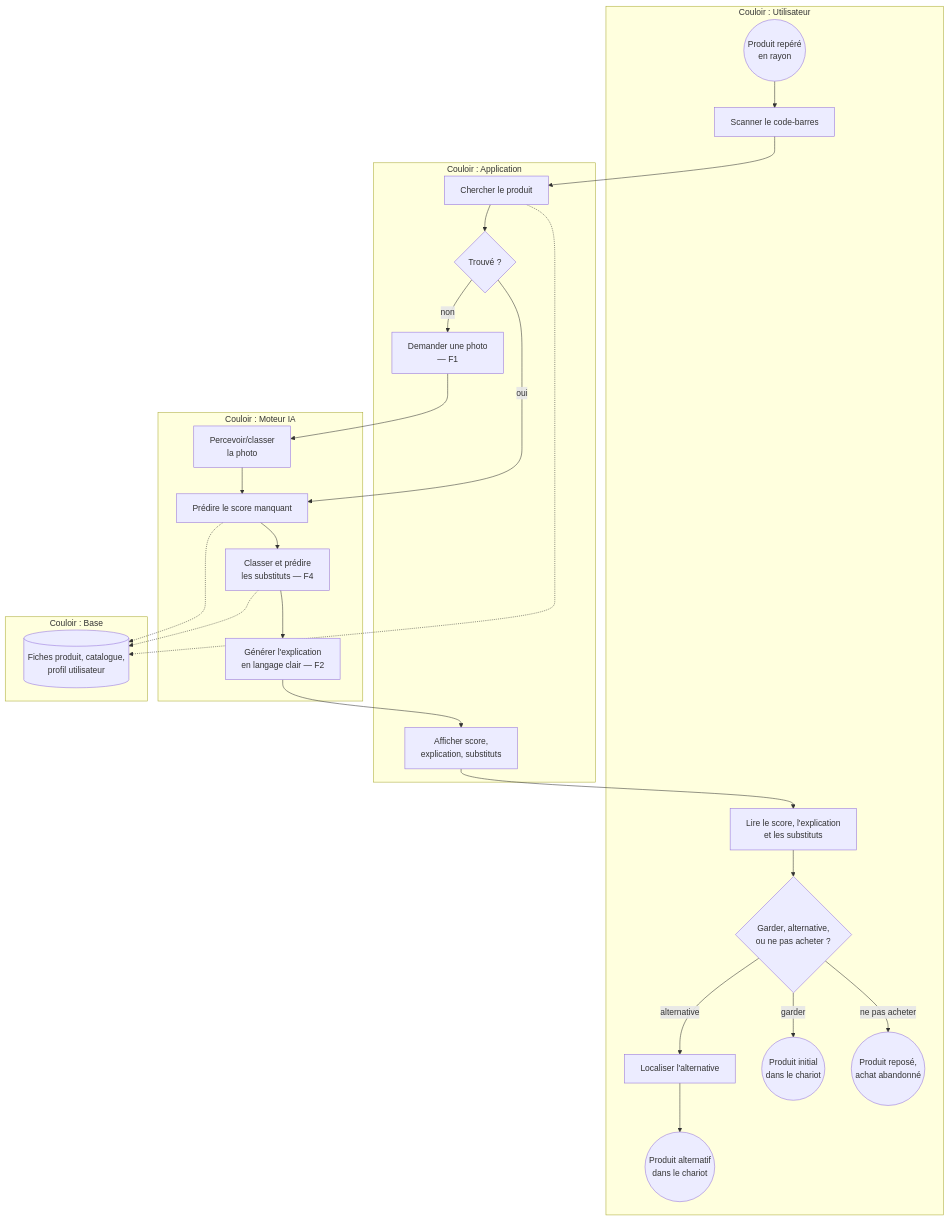
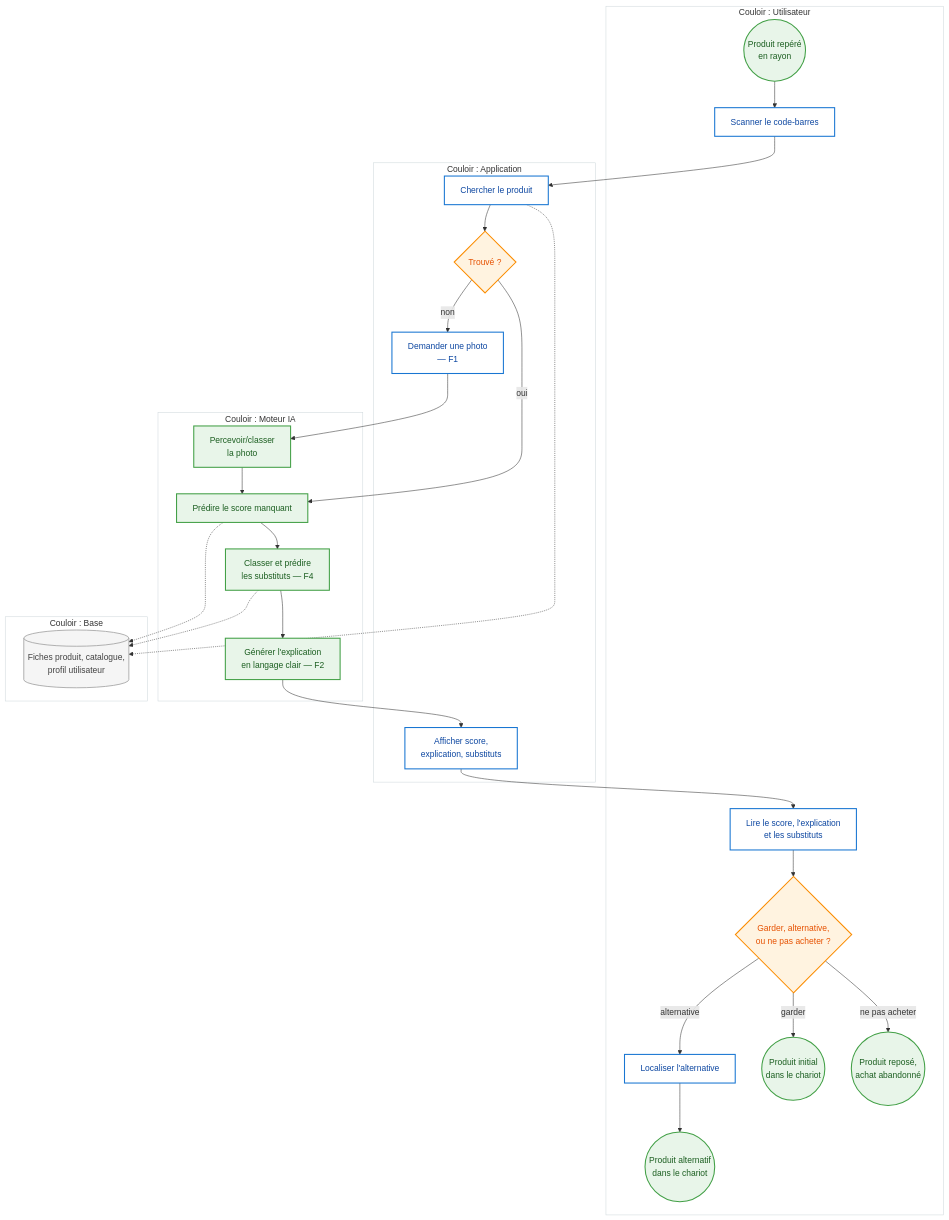
The second of 2 diagrams in docs/cadrage/processus.md (SDMM27/NutriScope), drawn with Mermaid before and after one commit. The commit also changed other lines of this file and 2 other files, not shown here.

Commit message:
ajout de couleurs sur les diagrammes

````diff
--- a/docs/cadrage/processus.md
+++ b/docs/cadrage/processus.md
@@ -58,45 +67,60 @@
 ```mermaid
 flowchart TD
     subgraph LaneUser["Couloir : Utilisateur"]
         Start(("Produit repéré<br/>en rayon"))
         Scan["Scanner le code-barres"]
         ReadResult["Lire le score, l'explication<br/>et les substituts"]
         ChooseGw{"Garder, alternative,<br/>ou ne pas acheter ?"}
         LocateAlt["Localiser l'alternative"]
         EndKeep(("Produit initial<br/>dans le chariot"))
         EndAlt(("Produit alternatif<br/>dans le chariot"))
         EndNoBuy(("Produit reposé,<br/>achat abandonné"))
     end
 
     subgraph LaneApp["Couloir : Application"]
         Search["Chercher le produit"]
         FoundGw{"Trouvé ?"}
         AskPhoto["Demander une photo<br/>— F1"]
         Display["Afficher score,<br/>explication, substituts"]
     end
 
     subgraph LaneIA["Couloir : Moteur IA"]
         Classify["Percevoir/classer<br/>la photo"]
         Predict["Prédire le score manquant"]
         FindSubs["Classer et prédire<br/>les substituts — F4"]
         Generate["Générer l'explication<br/>en langage clair — F2"]
     end
 
     subgraph LaneData["Couloir : Base"]
         Data[("Fiches produit, catalogue,<br/>profil utilisateur")]
     end
 
     Start --> Scan --> Search
     Search -.-> Data
     Search --> FoundGw
     FoundGw -- "non" --> AskPhoto --> Classify --> Predict
     FoundGw -- "oui" --> Predict
     Predict -.-> Data
     Predict --> FindSubs
     FindSubs -.-> Data
     FindSubs --> Generate --> Display --> ReadResult
     ReadResult --> ChooseGw
     ChooseGw -- "garder" --> EndKeep
     ChooseGw -- "alternative" --> LocateAlt --> EndAlt
     ChooseGw -- "ne pas acheter" --> EndNoBuy
+
+    classDef evt fill:#e8f5e9,stroke:#43a047,stroke-width:2px,color:#1b5e20
+    classDef act fill:#ffffff,stroke:#1976d2,stroke-width:2px,color:#0d47a1
+    classDef gw fill:#fff3e0,stroke:#fb8c00,stroke-width:2px,color:#e65100
+    classDef ia fill:#e8f5e9,stroke:#43a047,stroke-width:2px,color:#1b5e20
+    classDef data fill:#f5f5f5,stroke:#9e9e9e,stroke-width:1.5px,color:#424242
+    class Start,EndKeep,EndAlt,EndNoBuy evt
+    class ChooseGw,FoundGw gw
+    class Scan,Search,AskPhoto,Display,LocateAlt,ReadResult act
+    class Classify,Predict,FindSubs,Generate ia
+    class Data data
+    style LaneUser fill:#ffffff,stroke:#cfd8dc,stroke-width:1px
+    style LaneApp fill:#ffffff,stroke:#cfd8dc,stroke-width:1px
+    style LaneIA fill:#ffffff,stroke:#cfd8dc,stroke-width:1px
+    style LaneData fill:#ffffff,stroke:#cfd8dc,stroke-width:1px
 ```
````
